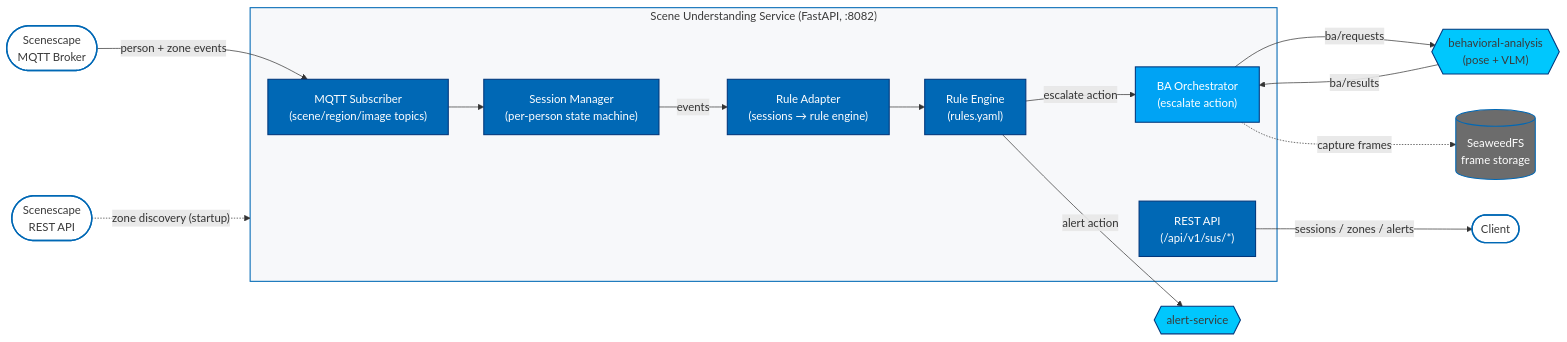
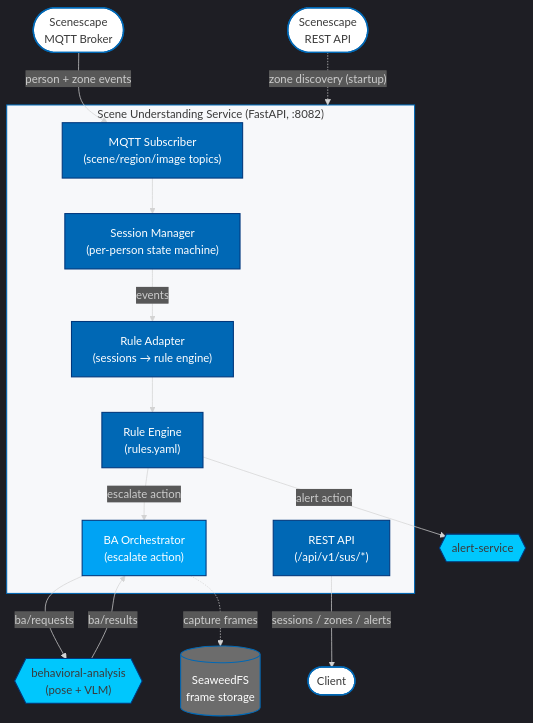
The diagram in microservices/scene-understanding-service/docs/user-guide/how-it-works.md (open-edge-platform/edge-ai-libraries), drawn with Mermaid before and after one commit. The commit also changed 7 other files, not shown here.

Commit message:
[DOCS] Review ASCII and Mermaid diagrams - 26.2

````diff
--- a/microservices/scene-understanding-service/docs/user-guide/how-it-works.md
+++ b/microservices/scene-understanding-service/docs/user-guide/how-it-works.md
@@ -13,64 +13,67 @@
 ```mermaid
+---
+config: {"theme": "dark"}
+---
 %%{init: {
   'theme': 'base',
   'themeVariables': {
     'fontFamily': '"IntelOne Display", "Intel Clear", "Inter", "Segoe UI", Arial, sans-serif',
     'fontSize': '14px',
     'primaryColor': '#0068B5',
     'primaryTextColor': '#FFFFFF',
     'primaryBorderColor': '#00377C',
     'lineColor': '#00377C',
     'secondaryColor': '#EEF3F8',
     'tertiaryColor': '#F7F8FA',
     'background': '#FFFFFF',
     'mainBkg': '#FFFFFF',
     'clusterBkg': '#F7F8FA',
     'clusterBorder': '#0068B5',
     'edgeLabelBackground': '#FFFFFF',
     'noteBkgColor': '#F7F8FA',
     'noteTextColor': '#3A3A3A'
   }
 }}%%
-flowchart LR
+flowchart TB
     Scene([Scenescape<br/>MQTT Broker])
     SceneAPI([Scenescape<br/>REST API])
 
     subgraph Service["Scene Understanding Service (FastAPI, :8082)"]
         MQTT["MQTT Subscriber<br/>(scene/region/image topics)"]
         SM["Session Manager<br/>(per-person state machine)"]
         RA["Rule Adapter<br/>(sessions → rule engine)"]
         RE["Rule Engine<br/>(rules.yaml)"]
         BA["BA Orchestrator<br/>(escalate action)"]
         API["REST API<br/>(/api/v1/sus/*)"]
     end
 
     SeaweedFS[("SeaweedFS<br/>frame storage")]
     BAWorker{{"behavioral-analysis<br/>(pose + VLM)"}}
     AlertSvc{{"alert-service"}}
 
     Scene -- "person + zone events" --> MQTT
     MQTT --> SM
     SM -- "events" --> RA
     RA --> RE
     RE -- "alert action" --> AlertSvc
     RE -- "escalate action" --> BA
     BA -- "ba/requests" --> BAWorker
     BAWorker -- "ba/results" --> BA
     BA -. "capture frames" .-> SeaweedFS
     SceneAPI -. "zone discovery (startup)" .-> Service
     API -- "sessions / zones / alerts" --> Client([Client])
 
     classDef client fill:#FFFFFF,stroke:#0068B5,stroke-width:2px,color:#3A3A3A;
     classDef core fill:#0068B5,stroke:#00377C,stroke-width:1.5px,color:#FFFFFF;
     classDef backend fill:#00A3F4,stroke:#00377C,stroke-width:1.5px,color:#FFFFFF;
     classDef store fill:#6C6C6C,stroke:#0068B5,stroke-width:1.5px,color:#FFFFFF;
     classDef ext fill:#00C7FD,stroke:#00377C,stroke-width:1.5px,color:#3A3A3A;
 
     class Client,Scene,SceneAPI client;
     class MQTT,SM,RA,RE,API core;
     class BA backend;
     class SeaweedFS store;
     class BAWorker,AlertSvc ext;
 
     style Service fill:#F7F8FA,stroke:#0068B5,stroke-width:1.5px,color:#3A3A3A;
 ```
````
